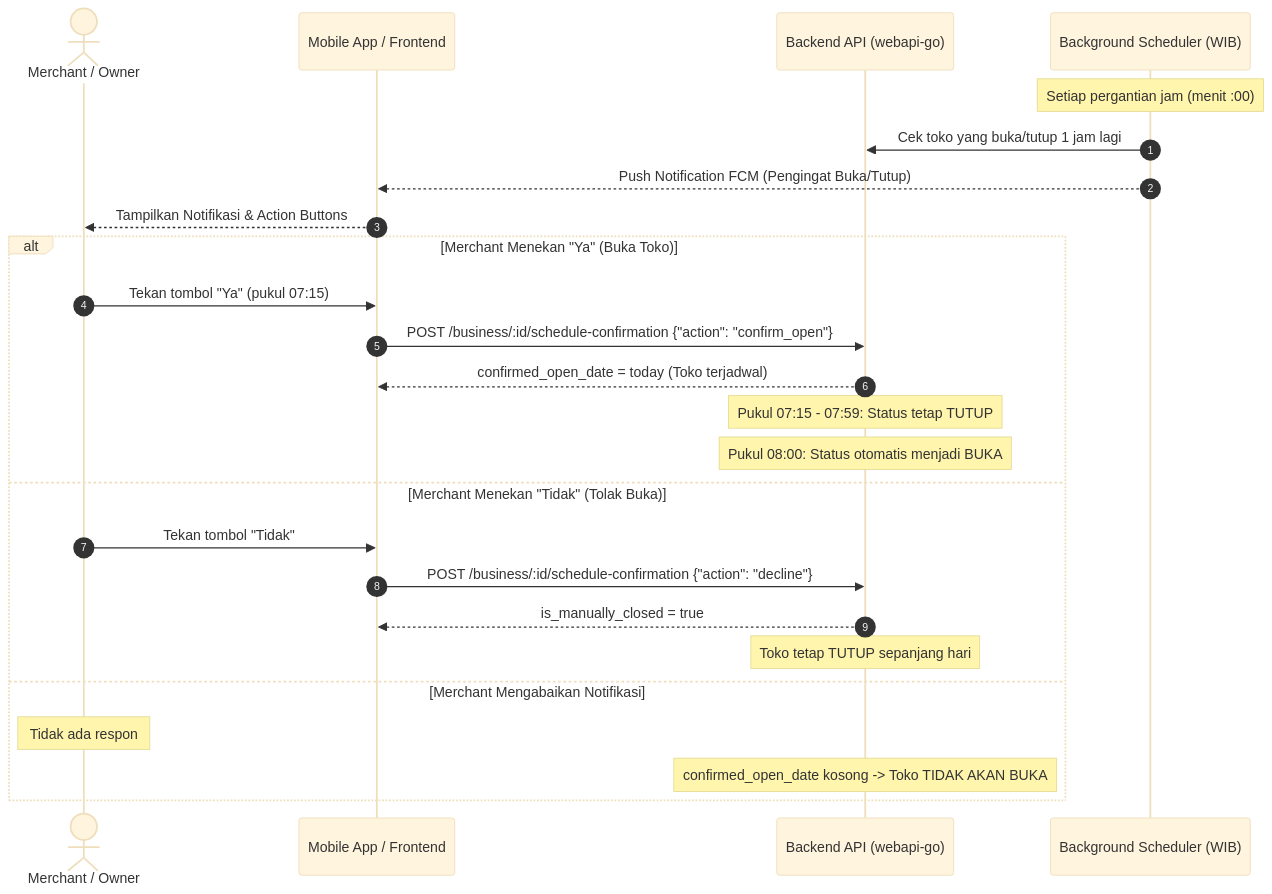
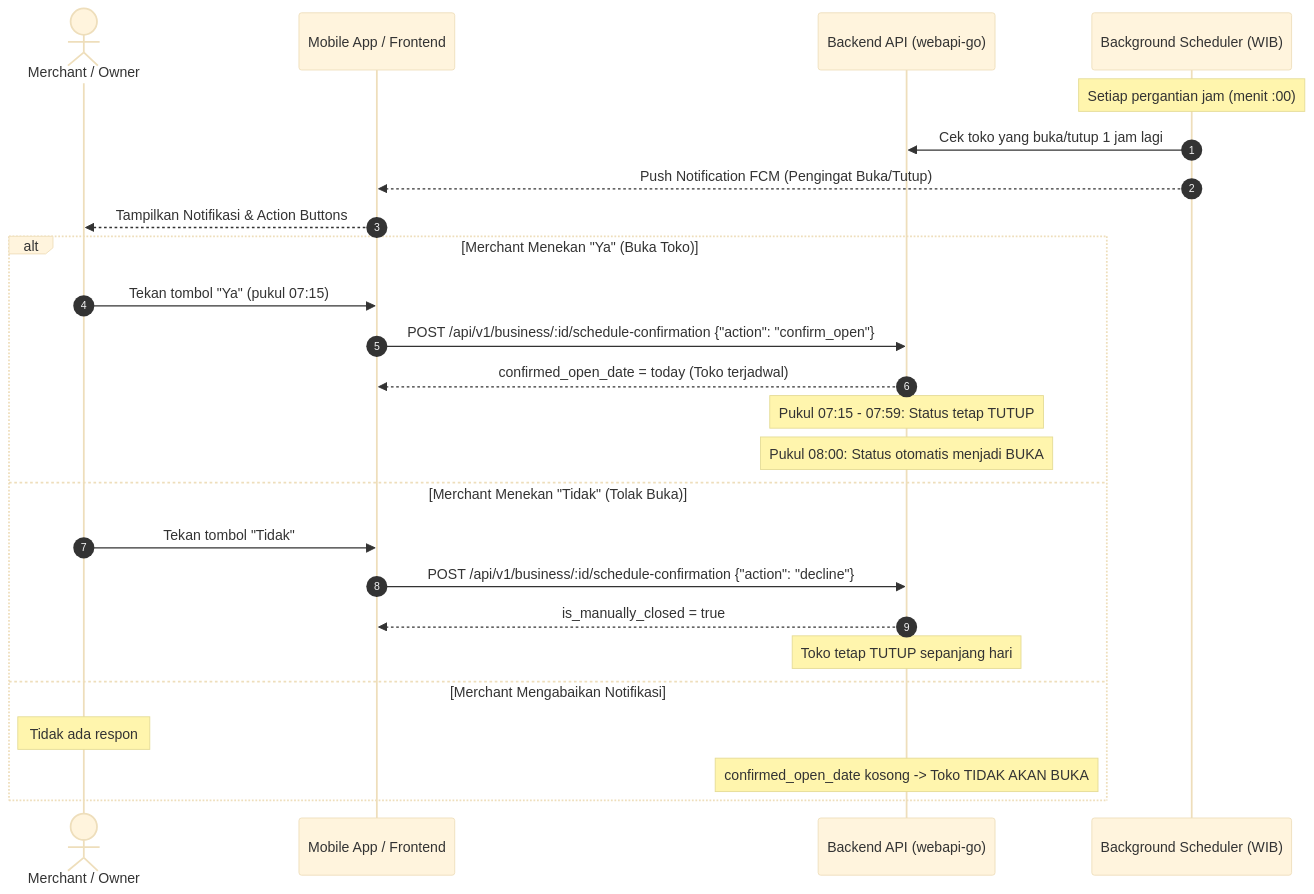
One commit to ToenToenProject/toentoen-marketplace-api changed the second of 2 diagrams in docs/ALUR_NOTIFIKASI_DAN_AKTIVASI_TOKO.md. Above: the diagram before and after it, drawn with Mermaid (base theme). The commit also changed 1 other file, not shown here.

Commit message:
fix(api): register schedule-confirmation with PATCH and trailing slash support; clarify full /api/v1 path in docs

````diff
--- a/docs/ALUR_NOTIFIKASI_DAN_AKTIVASI_TOKO.md
+++ b/docs/ALUR_NOTIFIKASI_DAN_AKTIVASI_TOKO.md
@@ -106,29 +106,29 @@
 ```mermaid
 sequenceDiagram
     autonumber
     actor Merchant as Merchant / Owner
     participant App as Mobile App / Frontend
     participant Server as Backend API (webapi-go)
     participant Worker as Background Scheduler (WIB)
 
     Note over Worker: Setiap pergantian jam (menit :00)
     Worker->>Server: Cek toko yang buka/tutup 1 jam lagi
     Worker-->>App: Push Notification FCM (Pengingat Buka/Tutup)
     App-->>Merchant: Tampilkan Notifikasi & Action Buttons
 
     alt Merchant Menekan "Ya" (Buka Toko)
         Merchant->>App: Tekan tombol "Ya" (pukul 07:15)
-        App->>Server: POST /business/:id/schedule-confirmation {"action": "confirm_open"}
+        App->>Server: POST /api/v1/business/:id/schedule-confirmation {"action": "confirm_open"}
         Server-->>App: confirmed_open_date = today (Toko terjadwal)
         Note over Server: Pukul 07:15 - 07:59: Status tetap TUTUP
         Note over Server: Pukul 08:00: Status otomatis menjadi BUKA
     else Merchant Menekan "Tidak" (Tolak Buka)
         Merchant->>App: Tekan tombol "Tidak"
-        App->>Server: POST /business/:id/schedule-confirmation {"action": "decline"}
+        App->>Server: POST /api/v1/business/:id/schedule-confirmation {"action": "decline"}
         Server-->>App: is_manually_closed = true
         Note over Server: Toko tetap TUTUP sepanjang hari
     else Merchant Mengabaikan Notifikasi
         Note over Merchant: Tidak ada respon
         Note over Server: confirmed_open_date kosong -> Toko TIDAK AKAN BUKA
     end
 ```
````
